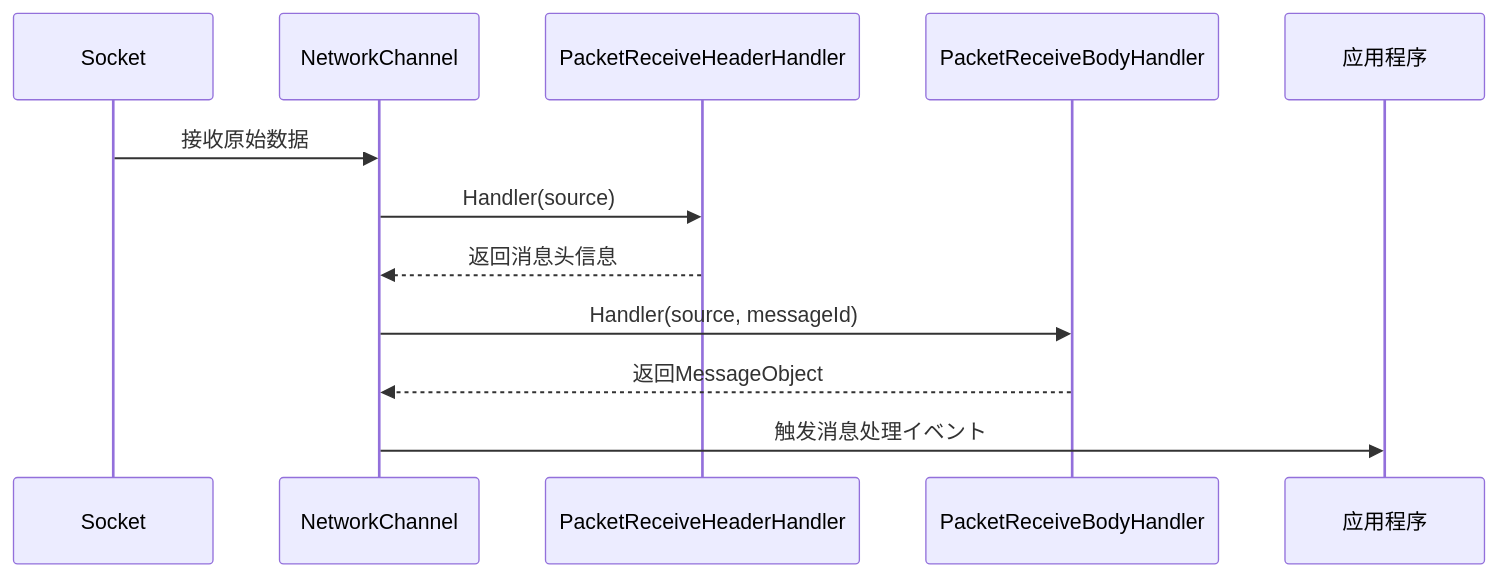
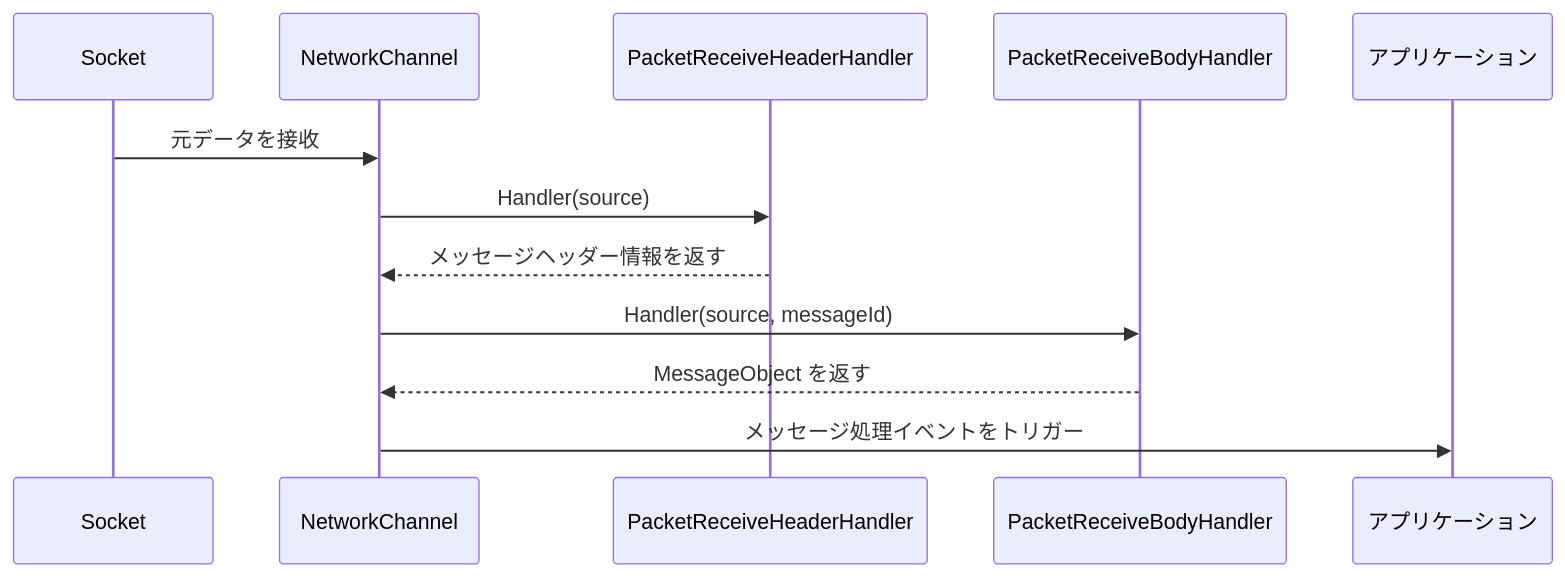
Before and after one commit to AlianBlank/GameFrameX.Docs: the fourth of 7 diagrams in docs/ja/client/unity/component/network/01.overview.md, drawn with Mermaid. The commit also changed other lines of this file and 320 other files, not shown here.

````diff
--- a/docs/ja/client/unity/component/network/01.overview.md
+++ b/docs/ja/client/unity/component/network/01.overview.md
@@ -258,15 +258,15 @@
 ```mermaid
 sequenceDiagram
     participant Socket as Socket
     participant NC as NetworkChannel
     participant PRH as PacketReceiveHeaderHandler
     participant PRB as PacketReceiveBodyHandler
-    participant App as 应用程序
+    participant App as アプリケーション
     
-    Socket->>NC: 接收原始数据
+    Socket->>NC: 元データを接收
     NC->>PRH: Handler(source)
-    PRH-->>NC: 返回消息头信息
+    PRH-->>NC: メッセージヘッダー情報を返す
     NC->>PRB: Handler(source, messageId)
-    PRB-->>NC: 返回MessageObject
-    NC->>App: 触发消息处理イベント
+    PRB-->>NC: MessageObject を返す
+    NC->>App: メッセージ処理イベントをトリガー
 ```
````
